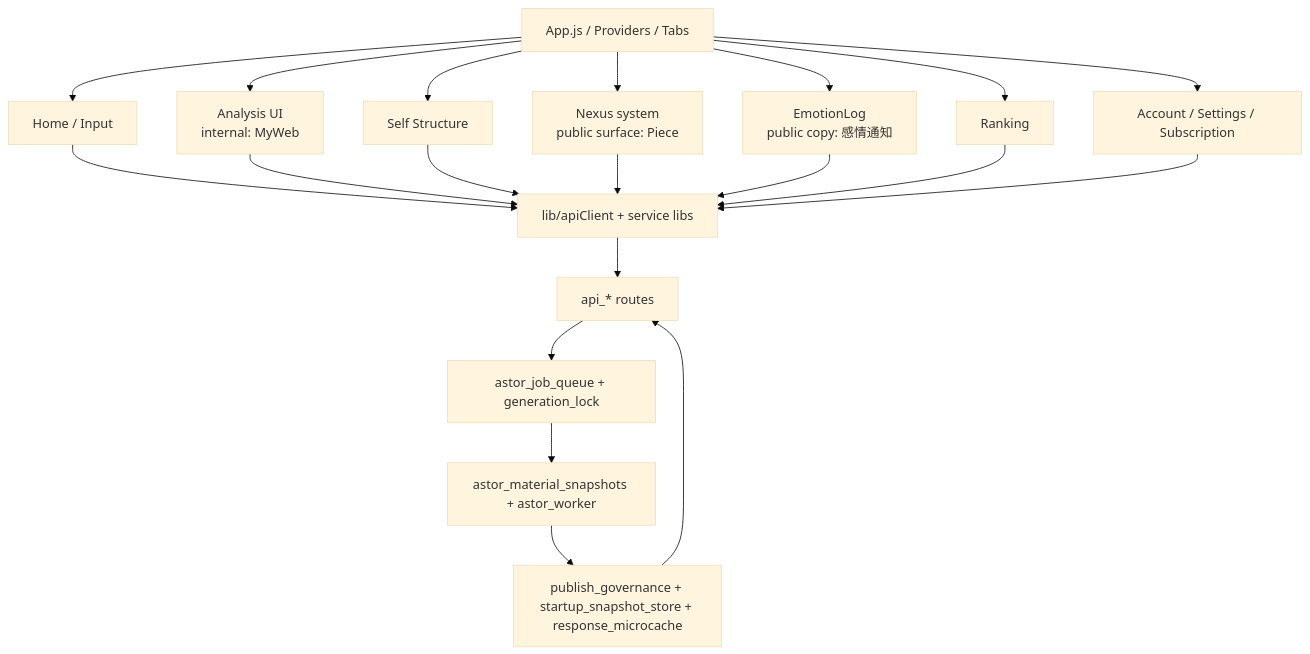
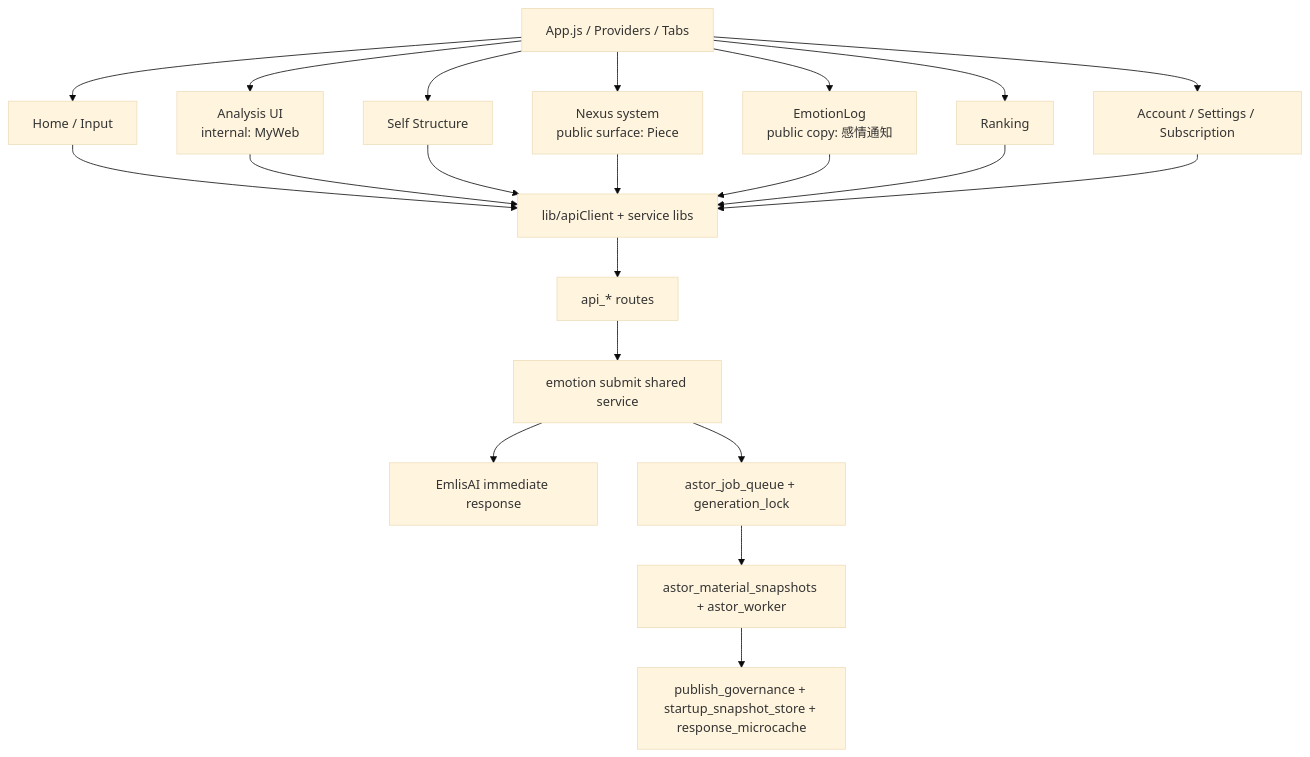
Before and after one commit to MassyuRed/Cocolon: the diagram in Cocolon_前提資料/01_Cocolon_全体構造資料.md, drawn with Mermaid (base theme). The commit also changed other lines of this file and 18 other files, not shown here.

````diff
--- a/Cocolon_前提資料/01_Cocolon_全体構造資料.md
+++ b/Cocolon_前提資料/01_Cocolon_全体構造資料.md
@@ -23,38 +25,41 @@
 ```mermaid
 flowchart TB
   App[App.js / Providers / Tabs]
   Input[Home / Input]
   Analysis[Analysis UI\ninternal: MyWeb]
   Self[Self Structure]
   Nexus[Nexus system\npublic surface: Piece]
   EmotionLog[EmotionLog\npublic copy: 感情通知]
   Ranking[Ranking]
   Account[Account / Settings / Subscription]
   Libs[lib/apiClient + service libs]
   APIs[api_* routes]
+  Save[emotion submit shared service]
+  Emlis[EmlisAI immediate response]
   Queue[astor_job_queue + generation_lock]
   Worker[astor_material_snapshots + astor_worker]
   Gov[publish_governance + startup_snapshot_store + response_microcache]
 
   App --> Input
   App --> Analysis
   App --> Self
   App --> Nexus
   App --> EmotionLog
   App --> Ranking
   App --> Account
 
   Input --> Libs
   Analysis --> Libs
   Self --> Libs
   Nexus --> Libs
   EmotionLog --> Libs
   Ranking --> Libs
   Account --> Libs
 
   Libs --> APIs
-  APIs --> Queue
+  APIs --> Save
+  Save --> Emlis
+  Save --> Queue
   Queue --> Worker
   Worker --> Gov
-  Gov --> APIs
 ```
````
